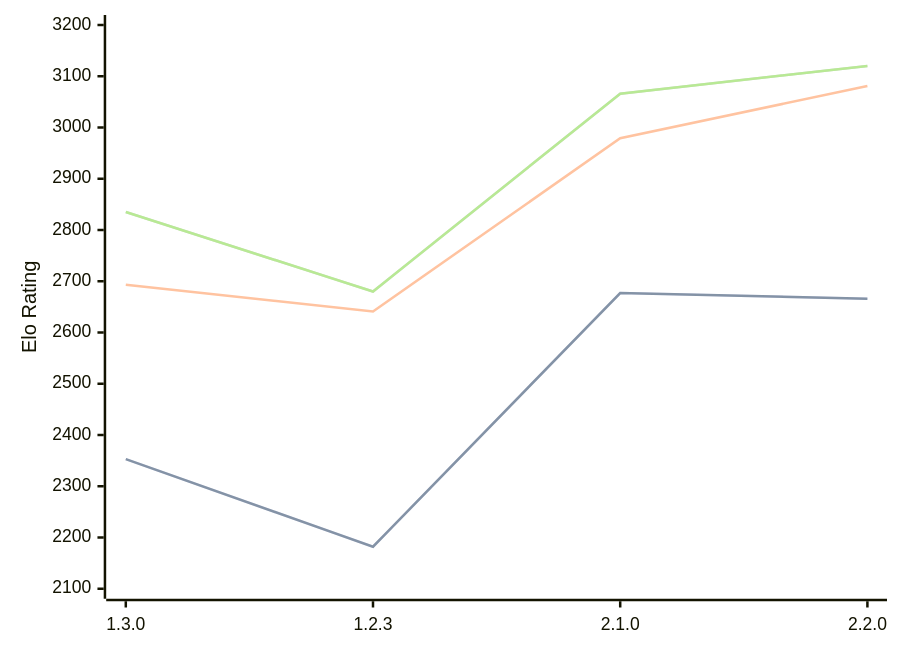
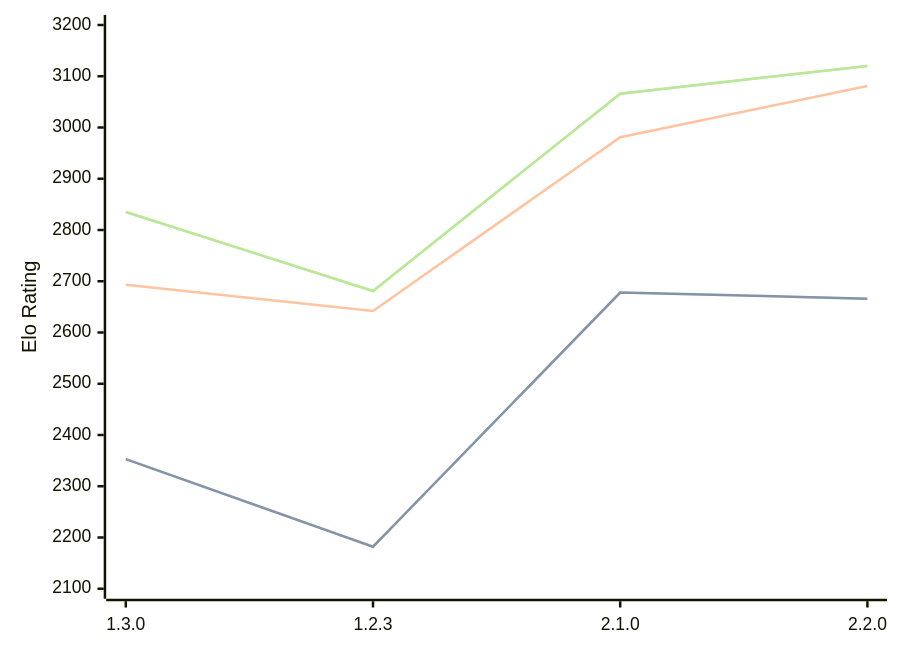
The third of 3 diagrams in engines/Aspen.md (computer-chess-index/cci), drawn with Mermaid before and after one commit. The commit also changed other lines of this file, not shown here.

Commit message:
Update CCI Ratings (ELO VLTC) - 2026-07-13

````diff
--- a/engines/Aspen.md
+++ b/engines/Aspen.md
@@ -76,11 +76,11 @@
 ```mermaid
 %%{init: {"theme":"base","themeVariables":{"seriesColors:['#a3a3a3','#222221','#faa371']}}}%%
 xychart-beta
   x-axis ["1.3.0", "1.2.3", "2.1.0", "2.2.0"]
   y-axis "Elo Rating" 2100 --> 3200
-  line "STC (8.0+0.08s)" [2353, 2182, 2677, 2666]
-  line "STC (8.0+0.08s)" [2353, 2182, 2677, 2666]
-  line "LTC (60.0+0.60s)" [2693, 2641, 2979, 3081]
-  line "VLTC (2m24s+1.12s)" [2835, 2680, 3066, 3120]
-  line "VLTC (2m24s+1.12s)" [2835, 2680, 3066, 3120]
+  line "STC (8.0+0.08s)" [2353, 2182, 2678, 2666]
+  line "STC (8.0+0.08s)" [2353, 2182, 2678, 2666]
+  line "LTC (60.0+0.60s)" [2693, 2642, 2981, 3081]
+  line "VLTC (2m24s+1.12s)" [2835, 2681, 3066, 3120]
+  line "VLTC (2m24s+1.12s)" [2835, 2681, 3066, 3120]
 ```
````
